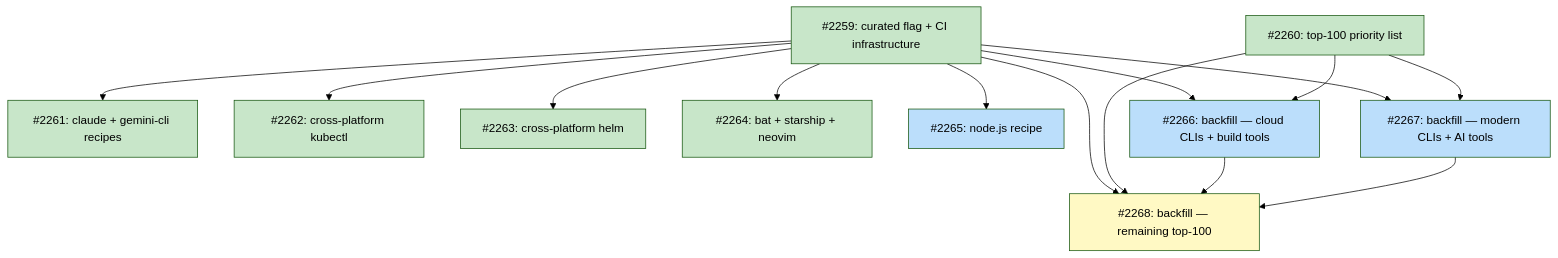
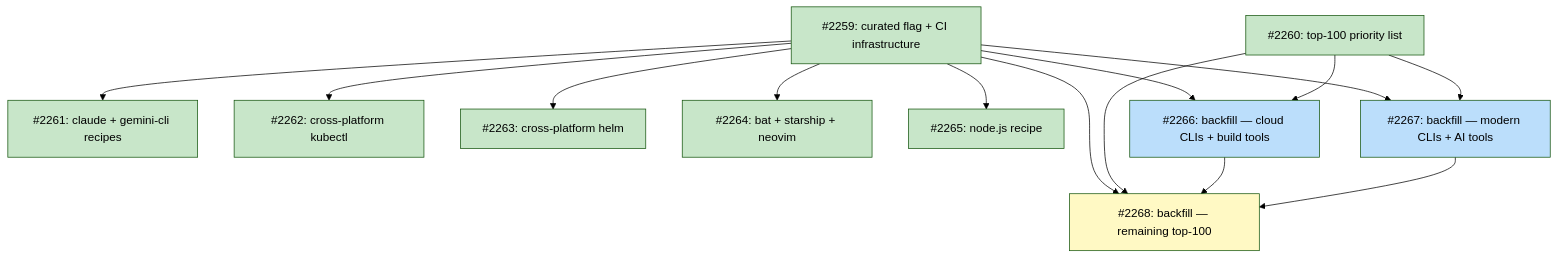
The diagram in docs/plans/PLAN-curated-recipes.md (tsukumogami/tsuku), drawn with Mermaid (forest theme) before and after one commit. The commit also changed other lines of this file and 3 other files, not shown here.

````diff
--- a/docs/plans/PLAN-curated-recipes.md
+++ b/docs/plans/PLAN-curated-recipes.md
@@ -51,41 +51,41 @@
 ```mermaid
 graph TD
     I2259["#2259: curated flag + CI infrastructure"]
     I2260["#2260: top-100 priority list"]
     I2261["#2261: claude + gemini-cli recipes"]
     I2262["#2262: cross-platform kubectl"]
     I2263["#2263: cross-platform helm"]
     I2264["#2264: bat + starship + neovim"]
     I2265["#2265: node.js recipe"]
     I2266["#2266: backfill — cloud CLIs + build tools"]
     I2267["#2267: backfill — modern CLIs + AI tools"]
     I2268["#2268: backfill — remaining top-100"]
 
     I2259 --> I2261
     I2259 --> I2262
     I2259 --> I2263
     I2259 --> I2264
     I2259 --> I2265
     I2259 --> I2266
     I2259 --> I2267
     I2259 --> I2268
     I2260 --> I2266
     I2260 --> I2267
     I2260 --> I2268
     I2266 --> I2268
     I2267 --> I2268
 
     classDef done fill:#c8e6c9
     classDef ready fill:#bbdefb
     classDef blocked fill:#fff9c4
     classDef needsDesign fill:#e1bee7
     classDef needsPrd fill:#b3e5fc
     classDef needsSpike fill:#ffcdd2
     classDef needsDecision fill:#d1c4e9
     classDef tracksDesign fill:#FFE0B2,stroke:#F57C00,color:#000
     classDef tracksPlan fill:#FFE0B2,stroke:#F57C00,color:#000
 
-    class I2259,I2260,I2261,I2262,I2263,I2264 done
-    class I2265,I2266,I2267 ready
+    class I2259,I2260,I2261,I2262,I2263,I2264,I2265 done
+    class I2266,I2267 ready
     class I2268 blocked
 ```
````
